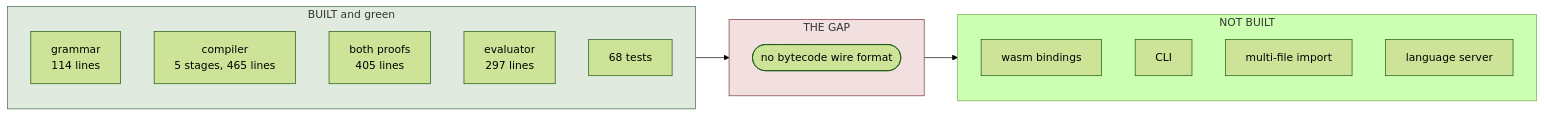
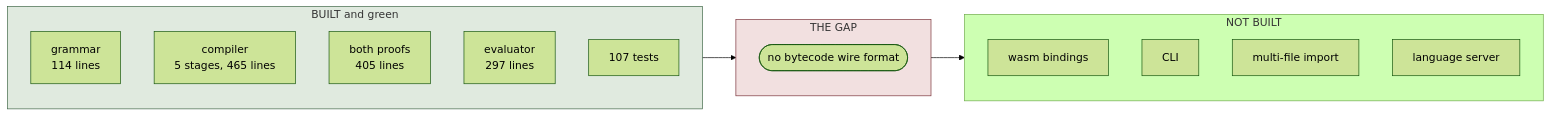
The first of 3 diagrams in docs/09-roadmap.md (intaniger/ride-lang), drawn with Mermaid (forest theme) before and after one commit. The commit also changed other lines of this file and 3 other files, not shown here.

````diff
--- a/docs/09-roadmap.md
+++ b/docs/09-roadmap.md
@@ -30,29 +30,29 @@
 ```mermaid
 flowchart LR
   subgraph built["BUILT and green"]
     direction TB
     G["grammar<br/>114 lines"]
     C["compiler<br/>5 stages, 465 lines"]
     V["both proofs<br/>405 lines"]
     E["evaluator<br/>297 lines"]
-    T["68 tests"]
+    T["107 tests"]
   end
 
   subgraph gap["THE GAP"]
     direction TB
     W(["no bytecode wire format"])
   end
 
   subgraph missing["NOT BUILT"]
     direction TB
     B["wasm bindings"]
     CLI["CLI"]
     IMP["multi-file import"]
     LSP["language server"]
   end
 
   built --> gap --> missing
 
   style gap fill:#f2e0e0,stroke:#7a3038
   style built fill:#e0eadf,stroke:#3c6444
 ```
````
